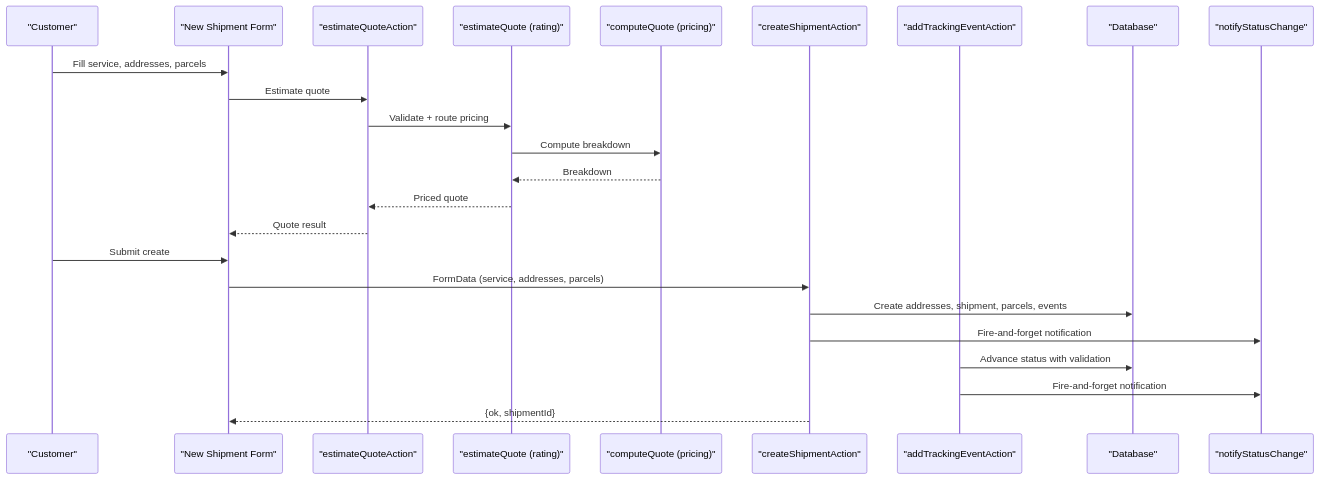
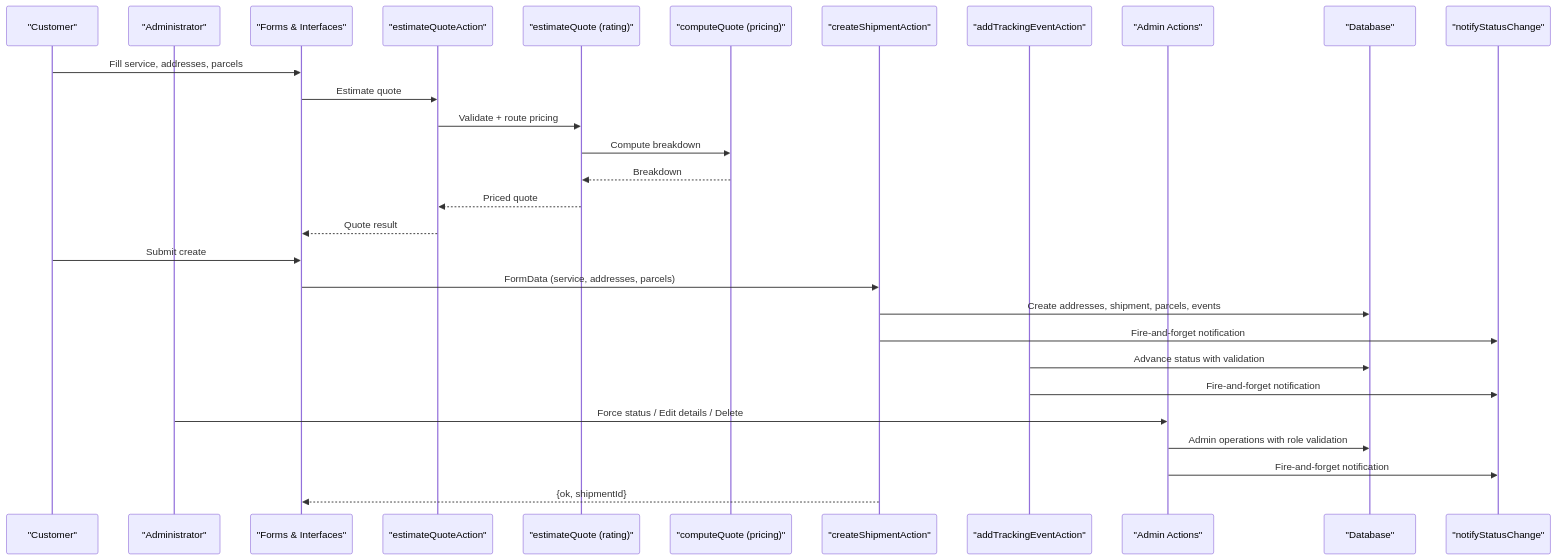
The second of 15 diagrams in .qoder/repowiki/en/content/Shipment Management/Shipment Management.md (gyamposudodzi/Timberland), drawn with Mermaid before and after one commit. The commit also changed other lines of this file and 78 other files, not shown here.

````diff
--- a/.qoder/repowiki/en/content/Shipment Management/Shipment Management.md
+++ b/.qoder/repowiki/en/content/Shipment Management/Shipment Management.md
@@ -142,26 +176,31 @@
 ```mermaid
 sequenceDiagram
 participant User as "Customer"
-participant UI as "New Shipment Form"
+participant Admin as "Administrator"
+participant UI as "Forms & Interfaces"
 participant QA as "estimateQuoteAction"
 participant R as "estimateQuote (rating)"
 participant P as "computeQuote (pricing)"
 participant CA as "createShipmentAction"
 participant OPS as "addTrackingEventAction"
+participant ADM as "Admin Actions"
 participant DB as "Database"
 participant N as "notifyStatusChange"
 User->>UI : Fill service, addresses, parcels
 UI->>QA : Estimate quote
 QA->>R : Validate + route pricing
 R->>P : Compute breakdown
 P-->>R : Breakdown
 R-->>QA : Priced quote
 QA-->>UI : Quote result
 User->>UI : Submit create
 UI->>CA : FormData (service, addresses, parcels)
 CA->>DB : Create addresses, shipment, parcels, events
 CA->>N : Fire-and-forget notification
 OPS->>DB : Advance status with validation
 OPS->>N : Fire-and-forget notification
+Admin->>ADM : Force status / Edit details / Delete
+ADM->>DB : Admin operations with role validation
+ADM->>N : Fire-and-forget notification
 CA-->>UI : {ok, shipmentId}
 ```
````
